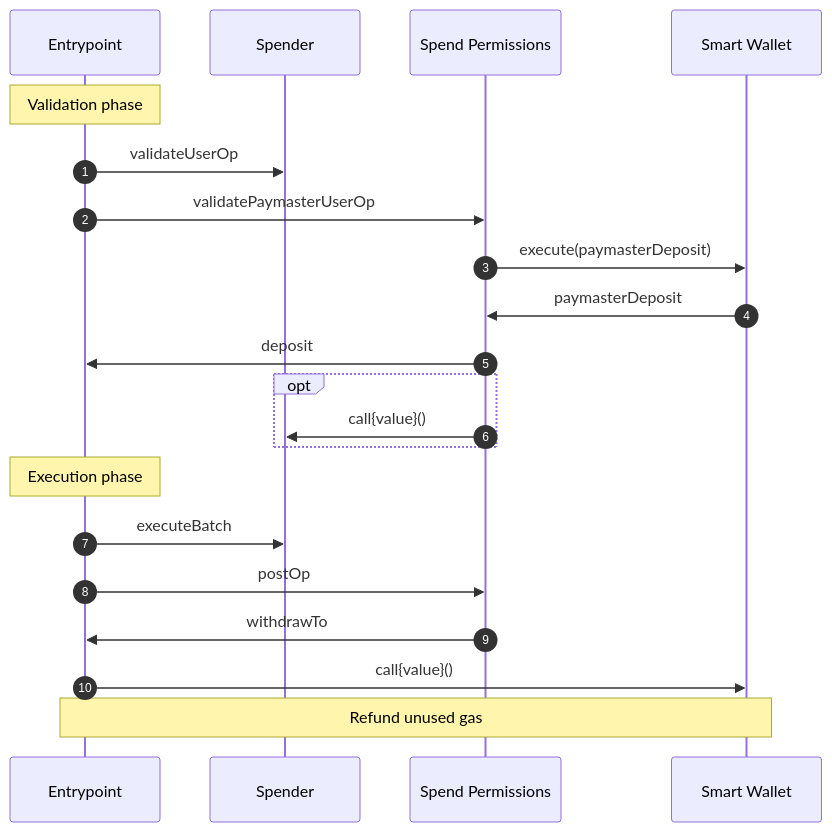
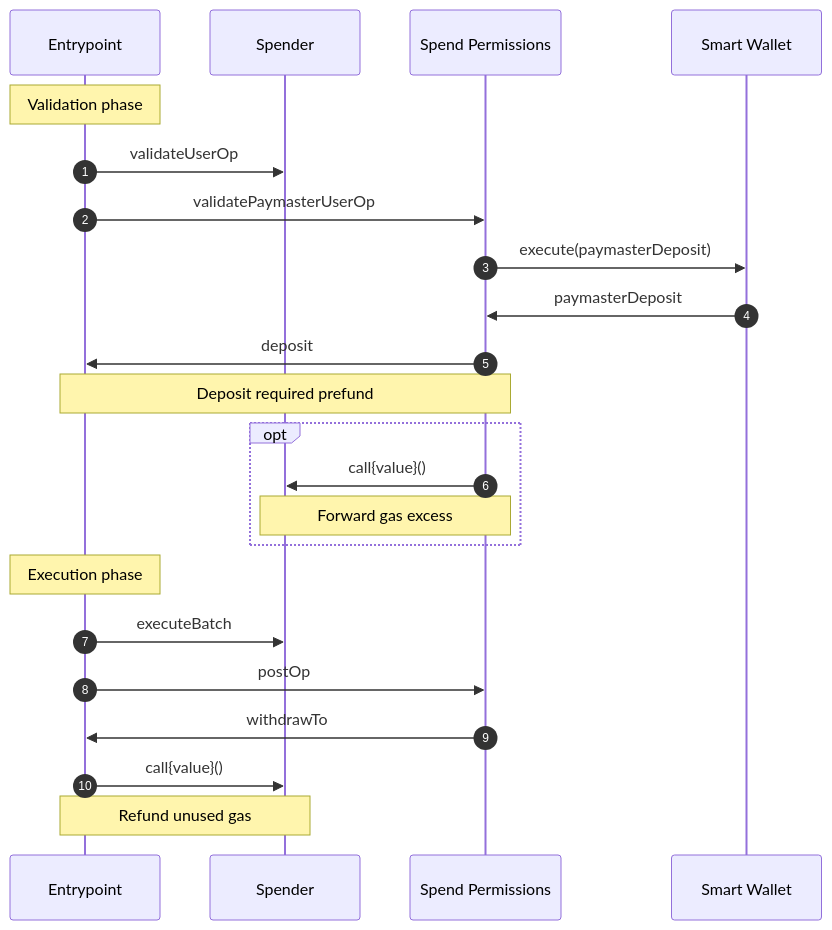
The diagram in docs/diagrams/onchain/paymaster.md (coinbase/smart-wallet-permissions), drawn with Mermaid before and after one commit.

Commit message:
Update paymaster diagram

````diff
--- a/docs/diagrams/onchain/paymaster.md
+++ b/docs/diagrams/onchain/paymaster.md
@@ -5,24 +5,26 @@
 ```mermaid
 sequenceDiagram
     autonumber
     participant E as Entrypoint
     participant S as Spender
     participant SP as Spend Permissions
     participant U as Smart Wallet
 
     Note over E: Validation phase
     E->>S: validateUserOp
     E->>SP: validatePaymasterUserOp
     SP->>U: execute(paymasterDeposit)
     U->>SP: paymasterDeposit
     SP->>E: deposit
+    Note over SP,E: Deposit required prefund
     opt
         SP->>S: call{value}()
+        Note over SP,S: Forward gas excess
     end
     Note over E: Execution phase
     E->>S: executeBatch
     E->>SP: postOp
     SP->>E: withdrawTo
-    E->>U: call{value}()
-    Note over E,U: Refund unused gas
+    E->>S: call{value}()
+    Note over E,S: Refund unused gas
 ```
````
